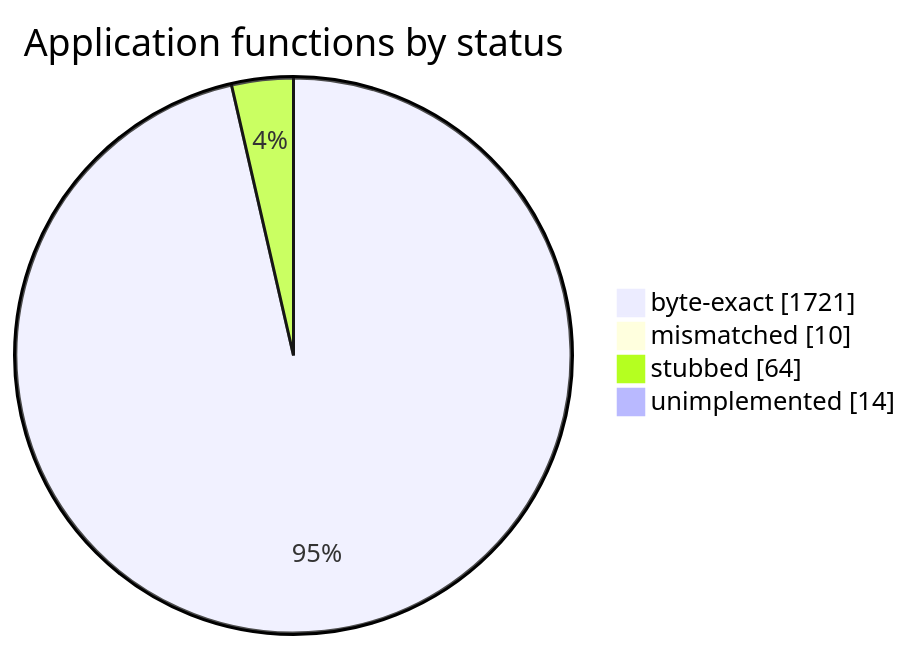
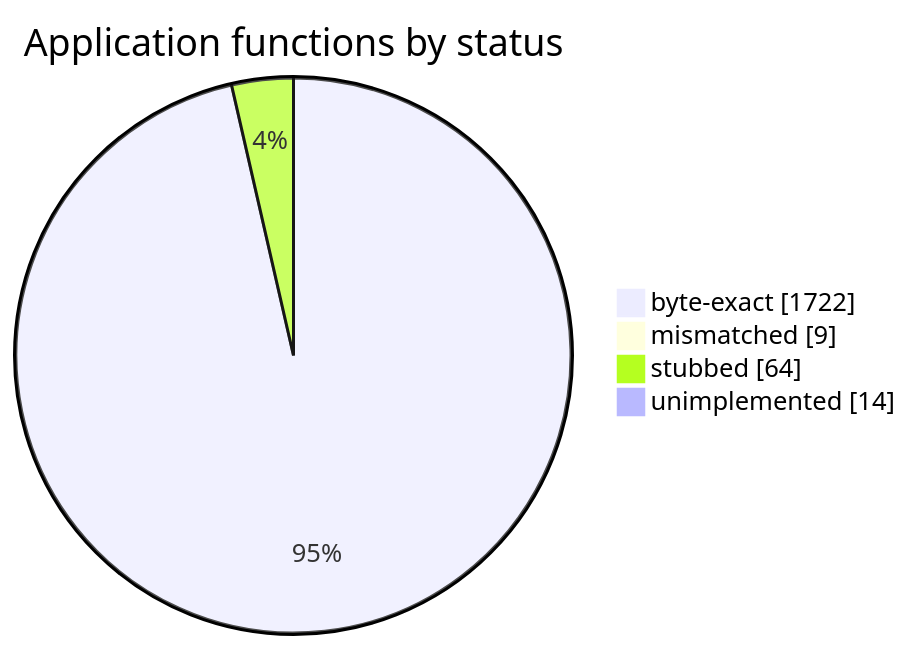
One commit to sorokya/eos changed the diagram in README.md. Above: the diagram before and after it, drawn with Mermaid. The commit also changed other lines of this file and 4 other files, not shown here.

First line of the commit message:
Mapcontrol_LoadMap is byte-exact: both loaders are closed

````diff
--- a/README.md
+++ b/README.md
@@ -154,8 +154,8 @@
 ```mermaid
 pie showData
     title Application functions by status
-    "byte-exact" : 1721
-    "mismatched" : 10
+    "byte-exact" : 1722
+    "mismatched" : 9
     "stubbed" : 64
     "unimplemented" : 14
 ```
````
